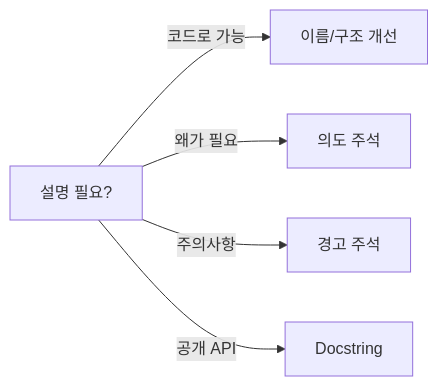
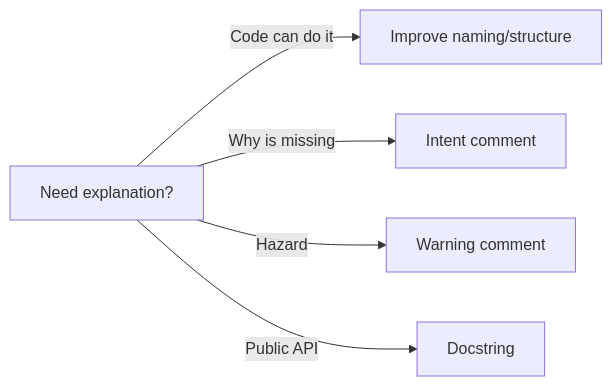
One commit to yeongseon-books/book-content changed the diagram in content/clean-code-101/ko/07-comments-and-docs.md. Above: the diagram before and after it, drawn with Mermaid. The commit also changed other lines of this file and 9 other files, not shown here.

````diff
--- a/content/clean-code-101/ko/07-comments-and-docs.md
+++ b/content/clean-code-101/ko/07-comments-and-docs.md
@@ -40,7 +46,7 @@
 ```mermaid
 flowchart LR
-    Q["설명 필요?"] -->|"코드로 가능"| C["이름/구조 개선"]
-    Q -->|"왜가 필요"| W["의도 주석"]
-    Q -->|"주의사항"| A["경고 주석"]
-    Q -->|"공개 API"| D["Docstring"]
+    Q["Need explanation?"] -->|"Code can do it"| C["Improve naming/structure"]
+    Q -->|"Why is missing"| W["Intent comment"]
+    Q -->|"Hazard"| A["Warning comment"]
+    Q -->|"Public API"| D["Docstring"]
 ```
````
